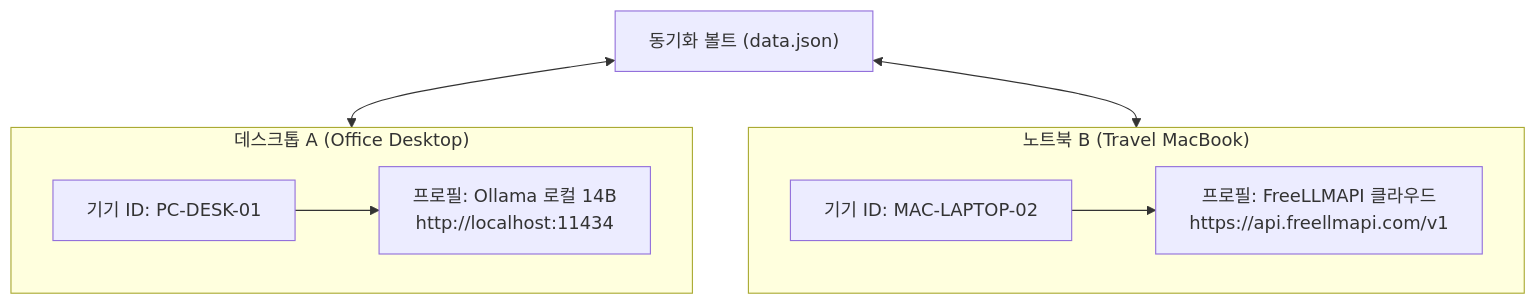
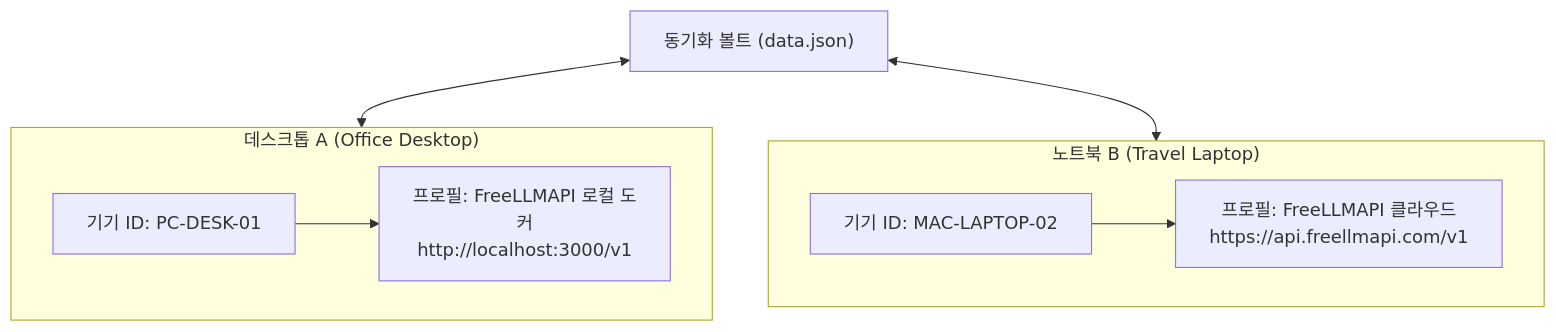
Before and after one commit to sparklings/emily: the second of 2 diagrams in docs/02-ai-providers-setup.md, drawn with Mermaid. The commit also changed other lines of this file and 8 other files, not shown here.

Commit message:
docs: remove BRAT, update to official community release, and make FreeLLMAPI exclusive

````diff
--- a/docs/02-ai-providers-setup.md
+++ b/docs/02-ai-providers-setup.md
@@ -96,18 +67,18 @@
 ```mermaid
 flowchart TD
     Sync["동기화 볼트 (data.json)"]
     subgraph D1 ["데스크톱 A (Office Desktop)"]
         A_ID["기기 ID: PC-DESK-01"]
-        A_Conf["프로필: Ollama 로컬 14B<br/>http://localhost:11434"]
+        A_Conf["프로필: FreeLLMAPI 로컬 도커<br/>http://localhost:3000/v1"]
     end
 
-    subgraph D2 ["노트북 B (Travel MacBook)"]
+    subgraph D2 ["노트북 B (Travel Laptop)"]
         B_ID["기기 ID: MAC-LAPTOP-02"]
         B_Conf["프로필: FreeLLMAPI 클라우드<br/>https://api.freellmapi.com/v1"]
     end
 
     Sync <--> D1
     Sync <--> D2
     A_ID --> A_Conf
     B_ID --> B_Conf
 ```
````
